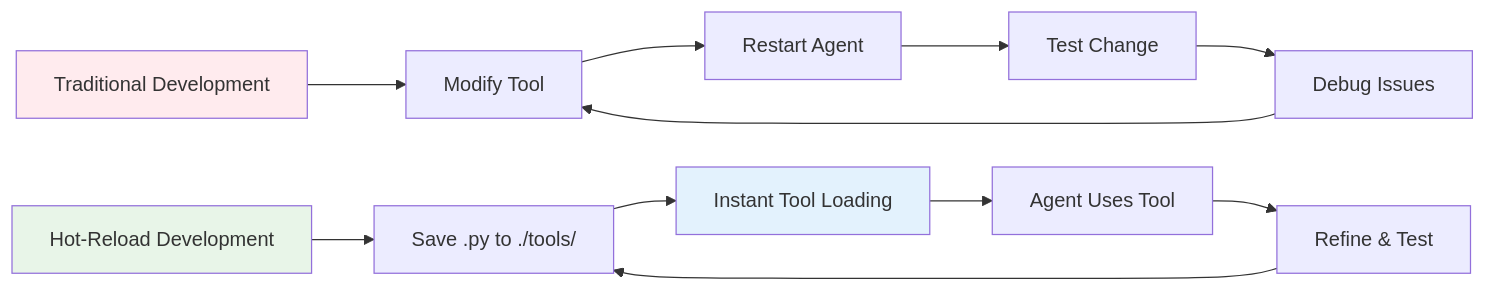
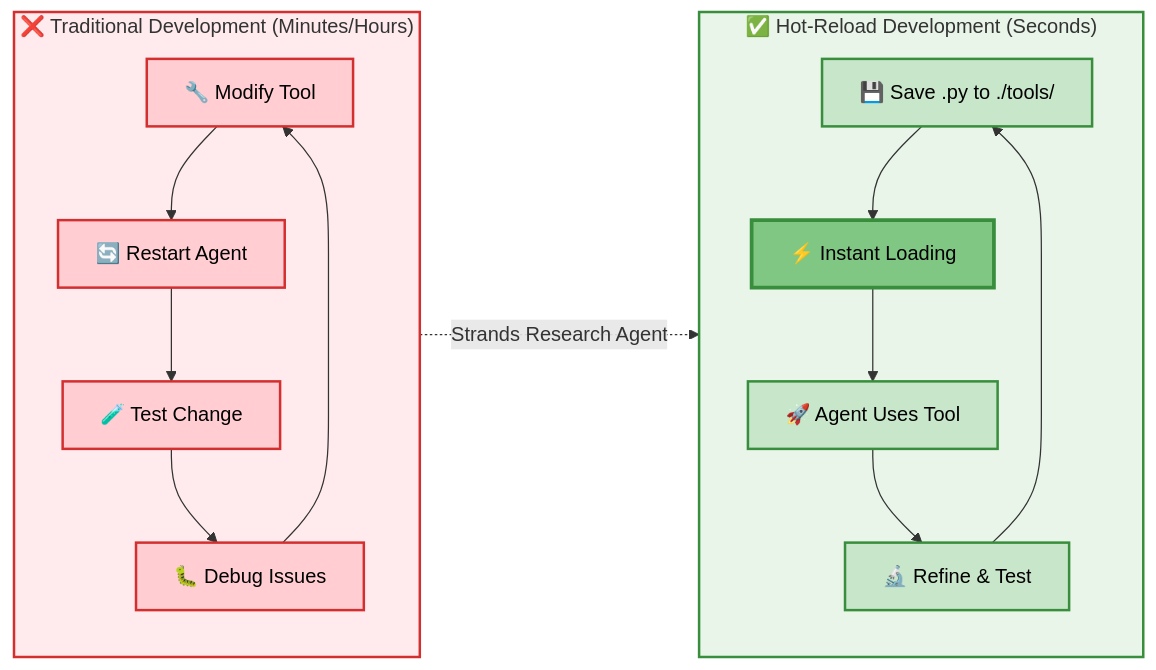
One commit to cagataycali/strands-research-agent changed the first of 7 diagrams in 02-samples/14-research-agent/README.md. Above: the diagram before and after it, drawn with Mermaid. The commit also changed other lines of this file, not shown here.

Commit message:
update readme for adding color coded mermaid diagrams

````diff
--- a/02-samples/14-research-agent/README.md
+++ b/02-samples/14-research-agent/README.md
@@ -16,18 +16,31 @@
 ```mermaid
 graph LR
-    A[Traditional Development] --> B[Modify Tool]
-    B --> C[Restart Agent]
-    C --> D[Test Change]
-    D --> E[Debug Issues]
-    E --> B
+    subgraph TRADITIONAL["❌ Traditional Development (Minutes/Hours)"]
+        A["🔧 Modify Tool"] --> B["🔄 Restart Agent"]
+        B --> C["🧪 Test Change"]
+        C --> D["🐛 Debug Issues"]
+        D --> A
+    end
     
-    F[Hot-Reload Development] --> G[Save .py to ./tools/]
-    G --> H[Instant Tool Loading]
-    H --> I[Agent Uses Tool]
-    I --> J[Refine & Test]
-    J --> G
+    subgraph HOTRELOAD["✅ Hot-Reload Development (Seconds)"]
+        E["💾 Save .py to ./tools/"] --> F["⚡ Instant Loading"]
+        F --> G["🚀 Agent Uses Tool"]
+        G --> H["🔬 Refine & Test"]
+        H --> E
+    end
     
-    style A fill:#ffebee
-    style F fill:#e8f5e8
-    style H fill:#e3f2fd
+    TRADITIONAL -.->|"Strands Research Agent"| HOTRELOAD
+    
+    style A fill:#ffcdd2,stroke:#d32f2f,stroke-width:2px,color:#000
+    style B fill:#ffcdd2,stroke:#d32f2f,stroke-width:2px,color:#000
+    style C fill:#ffcdd2,stroke:#d32f2f,stroke-width:2px,color:#000
+    style D fill:#ffcdd2,stroke:#d32f2f,stroke-width:2px,color:#000
+    
+    style E fill:#c8e6c9,stroke:#388e3c,stroke-width:2px,color:#000
+    style F fill:#81c784,stroke:#388e3c,stroke-width:3px,color:#000
+    style G fill:#c8e6c9,stroke:#388e3c,stroke-width:2px,color:#000
+    style H fill:#c8e6c9,stroke:#388e3c,stroke-width:2px,color:#000
+    
+    style TRADITIONAL fill:#ffebee,stroke:#d32f2f,stroke-width:2px
+    style HOTRELOAD fill:#e8f5e8,stroke:#388e3c,stroke-width:2px
 ```
````
